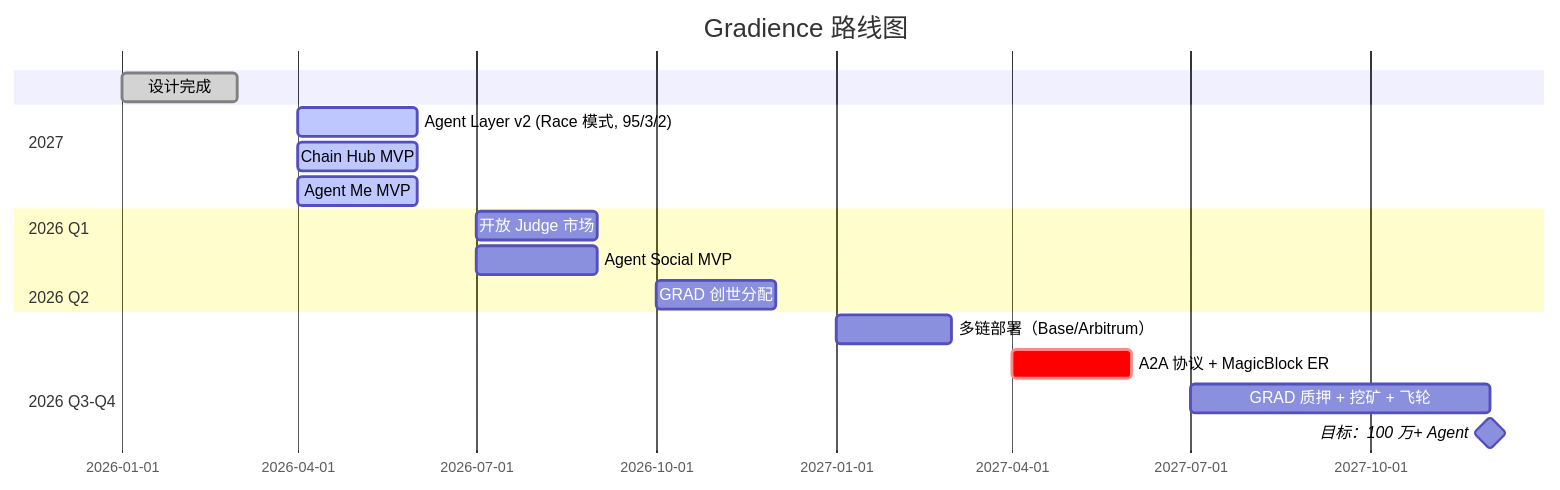
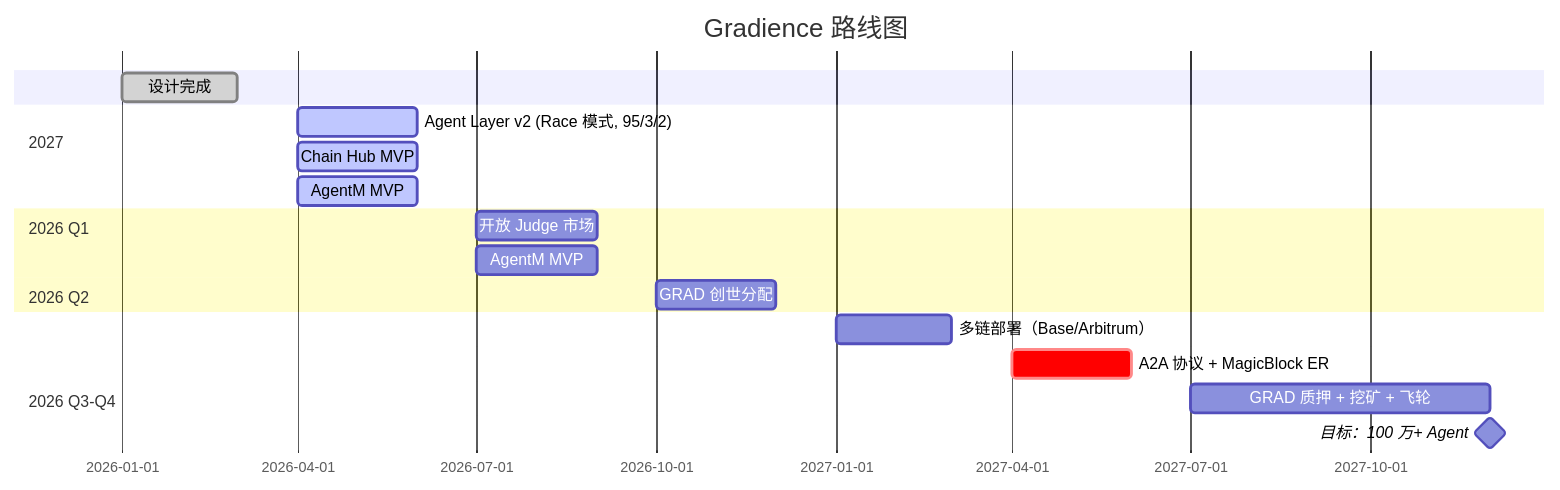
One commit to DaviRain-Su/gradience changed the ninth of 9 diagrams in protocol/README-zh.md. Above: the diagram before and after it, drawn with Mermaid. The commit also changed other lines of this file and 79 other files, not shown here.

````diff
--- a/protocol/README-zh.md
+++ b/protocol/README-zh.md
@@ -427,23 +427,23 @@
 ```mermaid
 gantt
     title Gradience 路线图
     dateFormat YYYY-MM
     section 2026 Q1
     设计完成                :done, 2026-01, 2026-03
     
     section 2026 Q2
     Agent Layer v2 (Race 模式, 95/3/2)  :active, 2026-04, 2026-06
     Chain Hub MVP           :active, 2026-04, 2026-06
-    Agent Me MVP            :active, 2026-04, 2026-06
+    AgentM MVP            :active, 2026-04, 2026-06
     
     section 2026 Q3-Q4
     开放 Judge 市场         :2026-07, 2026-09
-    Agent Social MVP        :2026-07, 2026-09
+    AgentM MVP        :2026-07, 2026-09
     GRAD 创世分配           :2026-10, 2026-12
     
     section 2027
     多链部署（Base/Arbitrum）:2027-01, 2027-03
     A2A 协议 + MagicBlock ER :crit, 2027-04, 2027-06
     GRAD 质押 + 挖矿 + 飞轮 :2027-07, 2027-12
     目标：100 万+ Agent      :milestone, 2027-12, 0d
 ```
````
